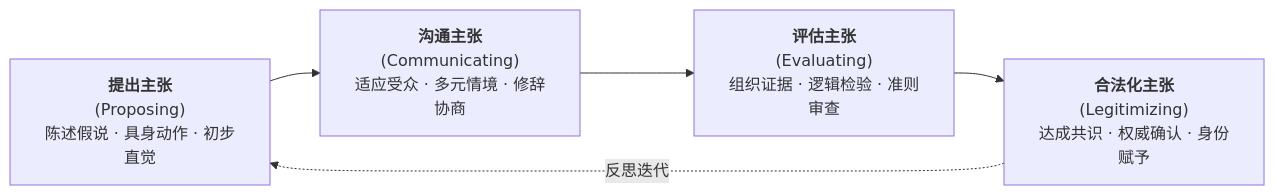
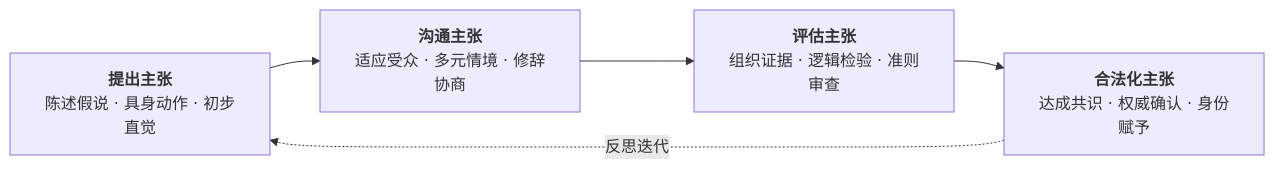
Before and after one commit to likemie/vault-notes: the diagram in wiki/arguments/books/Matthews(Ed.)_2018_Springer/Argument_Kelly_Licona_2018_EpistemicPractices.md, drawn with Mermaid. The commit also changed other lines of this file and 1 other file, not shown here.

````diff
--- a/wiki/arguments/books/Matthews(Ed.)_2018_Springer/Argument_Kelly_Licona_2018_EpistemicPractices.md
+++ b/wiki/arguments/books/Matthews(Ed.)_2018_Springer/Argument_Kelly_Licona_2018_EpistemicPractices.md
@@ -162,7 +181,7 @@
 ```mermaid
 flowchart LR
-    P["<b>提出主张</b><br/>(Proposing)<br/>陈述假说 · 具身动作 · 初步直觉"] --> C["<b>沟通主张</b><br/>(Communicating)<br/>适应受众 · 多元情境 · 修辞协商"]
-    C --> E["<b>评估主张</b><br/>(Evaluating)<br/>组织证据 · 逻辑检验 · 准则审查"]
-    E --> L["<b>合法化主张</b><br/>(Legitimizing)<br/>达成共识 · 权威确认 · 身份赋予"]
+    P["<b>提出主张</b><br/>陈述假说 · 具身动作 · 初步直觉"] --> C["<b>沟通主张</b><br/>适应受众 · 多元情境 · 修辞协商"]
+    C --> E["<b>评估主张</b><br/>组织证据 · 逻辑检验 · 准则审查"]
+    E --> L["<b>合法化主张</b><br/>达成共识 · 权威确认 · 身份赋予"]
     L -.->|反思迭代| P
 ```
````
